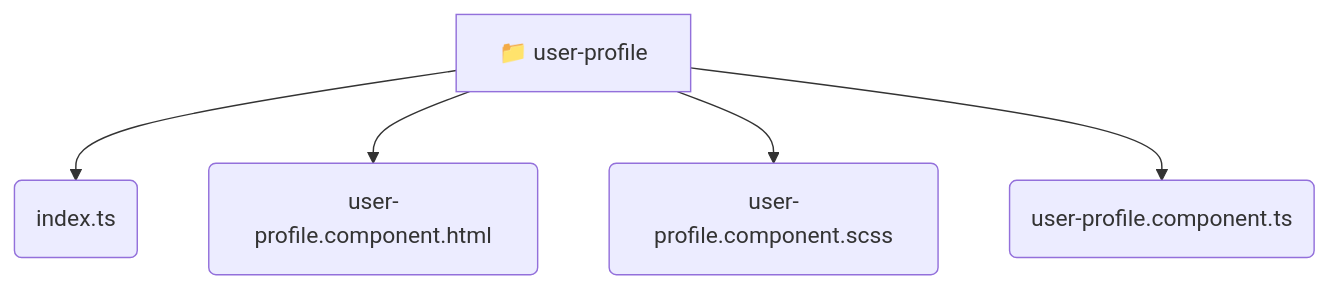
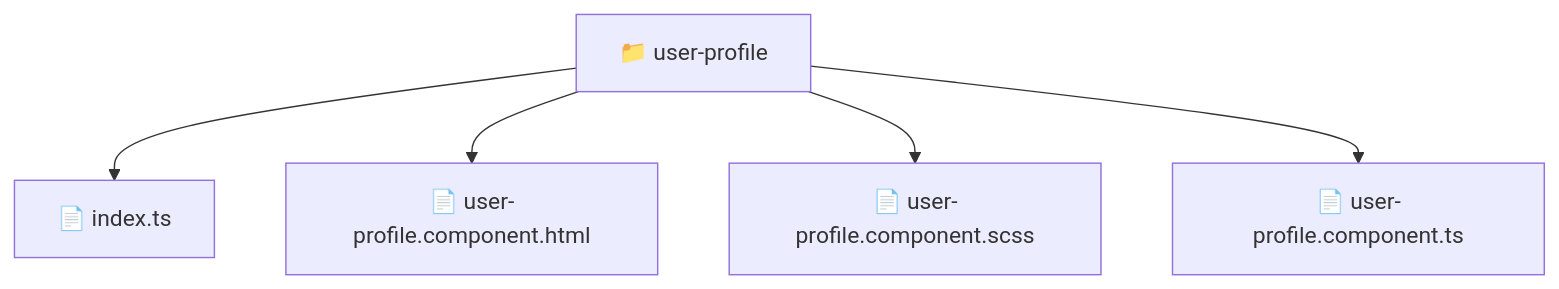
One commit to beginwebdev2002/fullstack-mavluda changed the diagram in frontend/src/pages/user-profile/README.md. Above: the diagram before and after it, drawn with Mermaid. The commit also changed other lines of this file and 163 other files, not shown here.

````diff
--- a/frontend/src/pages/user-profile/README.md
+++ b/frontend/src/pages/user-profile/README.md
@@ -11,8 +10,8 @@
 ```mermaid
 graph TD
-  user_profile[📁 user-profile]
-  user_profile --> user_profile_index_ts(index.ts)
-  user_profile --> user_profile_user_profile_component_html(user-profile.component.html)
-  user_profile --> user_profile_user_profile_component_scss(user-profile.component.scss)
-  user_profile --> user_profile_user_profile_component_ts(user-profile.component.ts)
+  Root["📁 user-profile"]
+  Root --> indexts["📄 index.ts"]
+  Root --> userprofilecomponenthtml["📄 user-profile.component.html"]
+  Root --> userprofilecomponentscss["📄 user-profile.component.scss"]
+  Root --> userprofilecomponentts["📄 user-profile.component.ts"]
 ```
````
